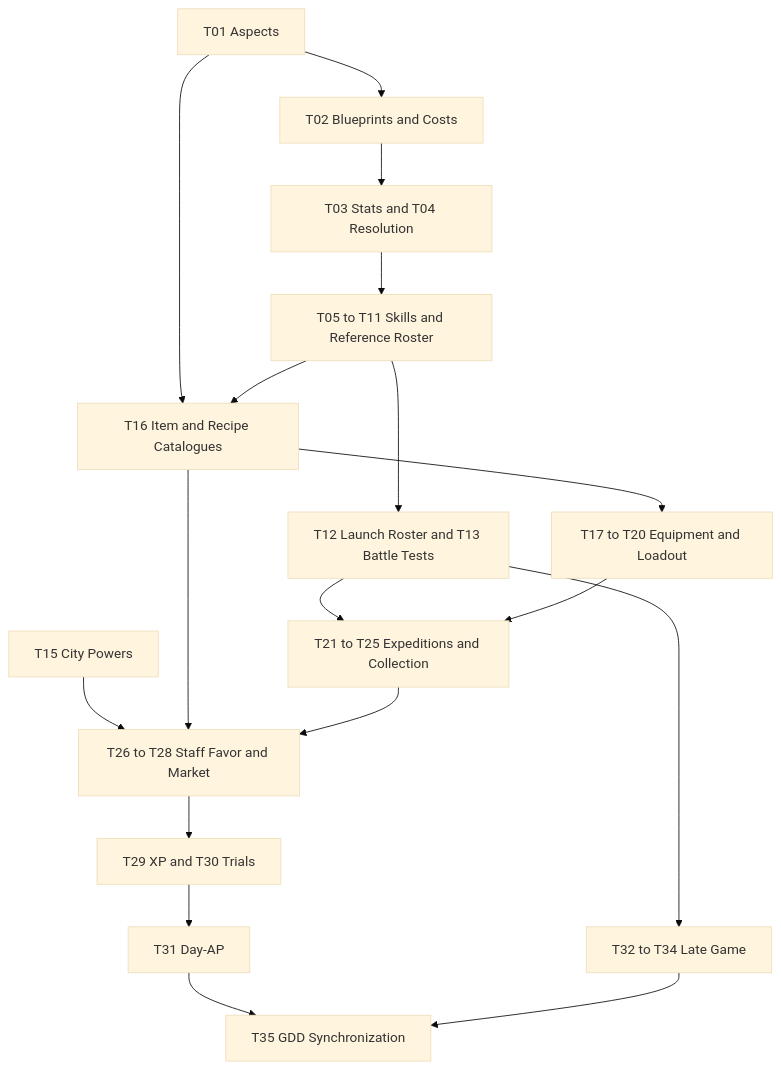
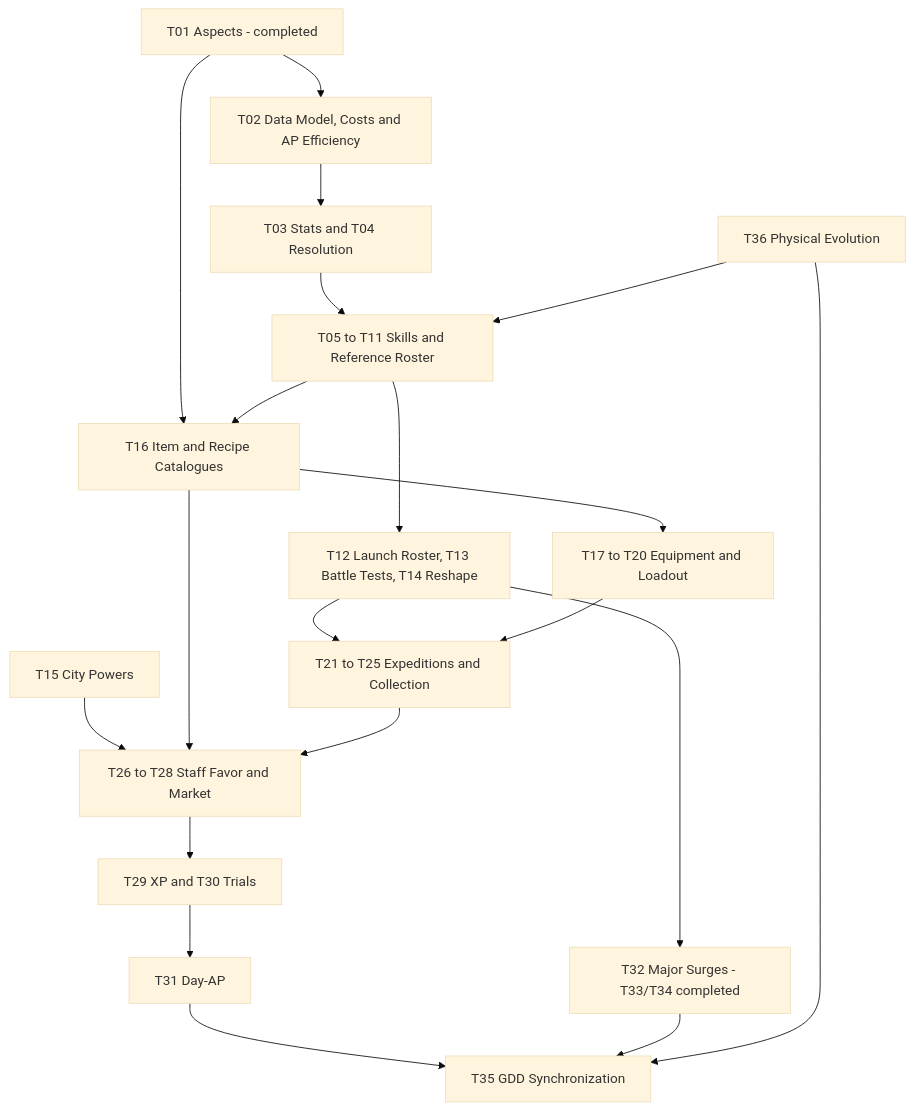
The diagram in docs/temp_todo.md (papierkorp/road_of_the_beasts), drawn with Mermaid (base theme) before and after one commit. The commit also changed other lines of this file and 1 other file, not shown here.

````diff
--- a/docs/temp_todo.md
+++ b/docs/temp_todo.md
@@ -391,20 +457,22 @@
 ```mermaid
 flowchart TD
-    A[T01 Aspects] --> B[T02 Blueprints and Costs]
+    A[T01 Aspects - completed] --> B[T02 Data Model, Costs and AP Efficiency]
     B --> C[T03 Stats and T04 Resolution]
     C --> D[T05 to T11 Skills and Reference Roster]
-    D --> E[T12 Launch Roster and T13 Battle Tests]
+    P[T36 Physical Evolution] --> D
+    D --> E[T12 Launch Roster, T13 Battle Tests, T14 Reshape]
     A --> F[T16 Item and Recipe Catalogues]
     D --> F
     F --> G[T17 to T20 Equipment and Loadout]
     E --> H[T21 to T25 Expeditions and Collection]
     G --> H
     I[T15 City Powers] --> J[T26 to T28 Staff Favor and Market]
     F --> J
     H --> J
     J --> K[T29 XP and T30 Trials]
     K --> L[T31 Day-AP]
-    E --> M[T32 to T34 Late Game]
+    E --> M[T32 Major Surges - T33/T34 completed]
     L --> N[T35 GDD Synchronization]
     M --> N
+    P --> N
 ```
````
